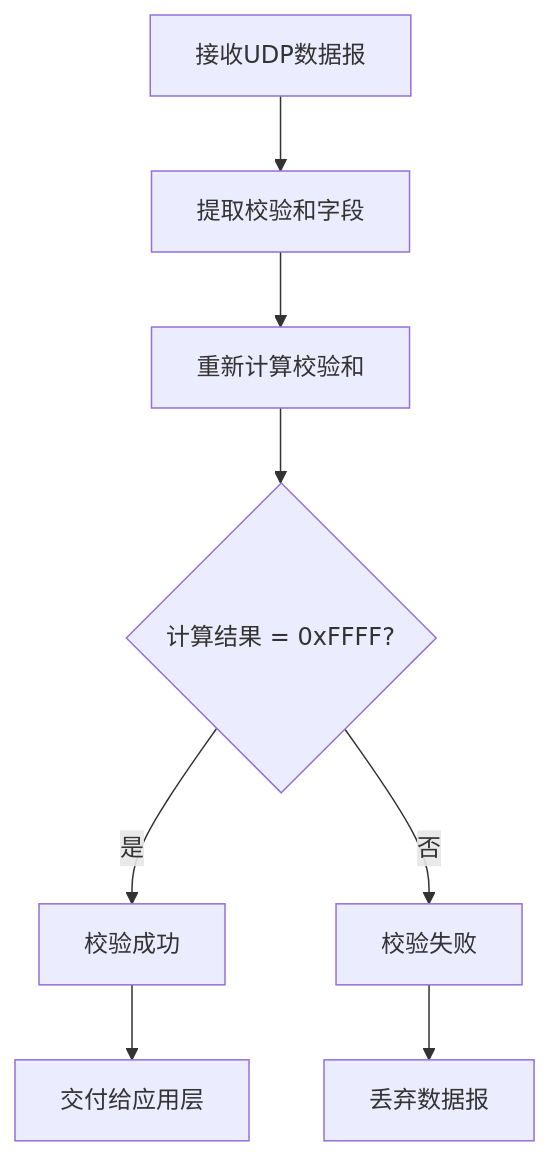
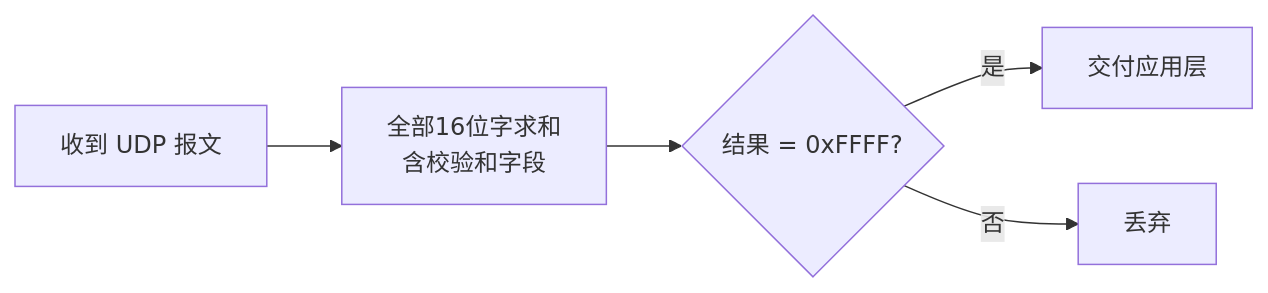
Before and after one commit to Dtheme/CS-base: the third of 9 diagrams in 计算机网络/3.2传输层：UDP协议与应用.md, drawn with Mermaid. The commit also changed other lines of this file and 51 other files, not shown here.

````diff
--- a/计算机网络/3.2传输层：UDP协议与应用.md
+++ b/计算机网络/3.2传输层：UDP协议与应用.md
@@ -381,10 +298,7 @@
 ```mermaid
-graph TD
-    A[接收UDP数据报] --> B[提取校验和字段]
-    B --> C[重新计算校验和]
-    C --> D{计算结果 = 0xFFFF?}
-    D -->|是| E[校验成功]
-    D -->|否| F[校验失败]
-    E --> G[交付给应用层]
-    F --> H[丢弃数据报]
+graph LR
+    A[收到 UDP 报文] --> B[全部16位字求和<br/>含校验和字段]
+    B --> C{结果 = 0xFFFF?}
+    C -->|是| D[交付应用层]
+    C -->|否| E[丢弃]
 ```
````
